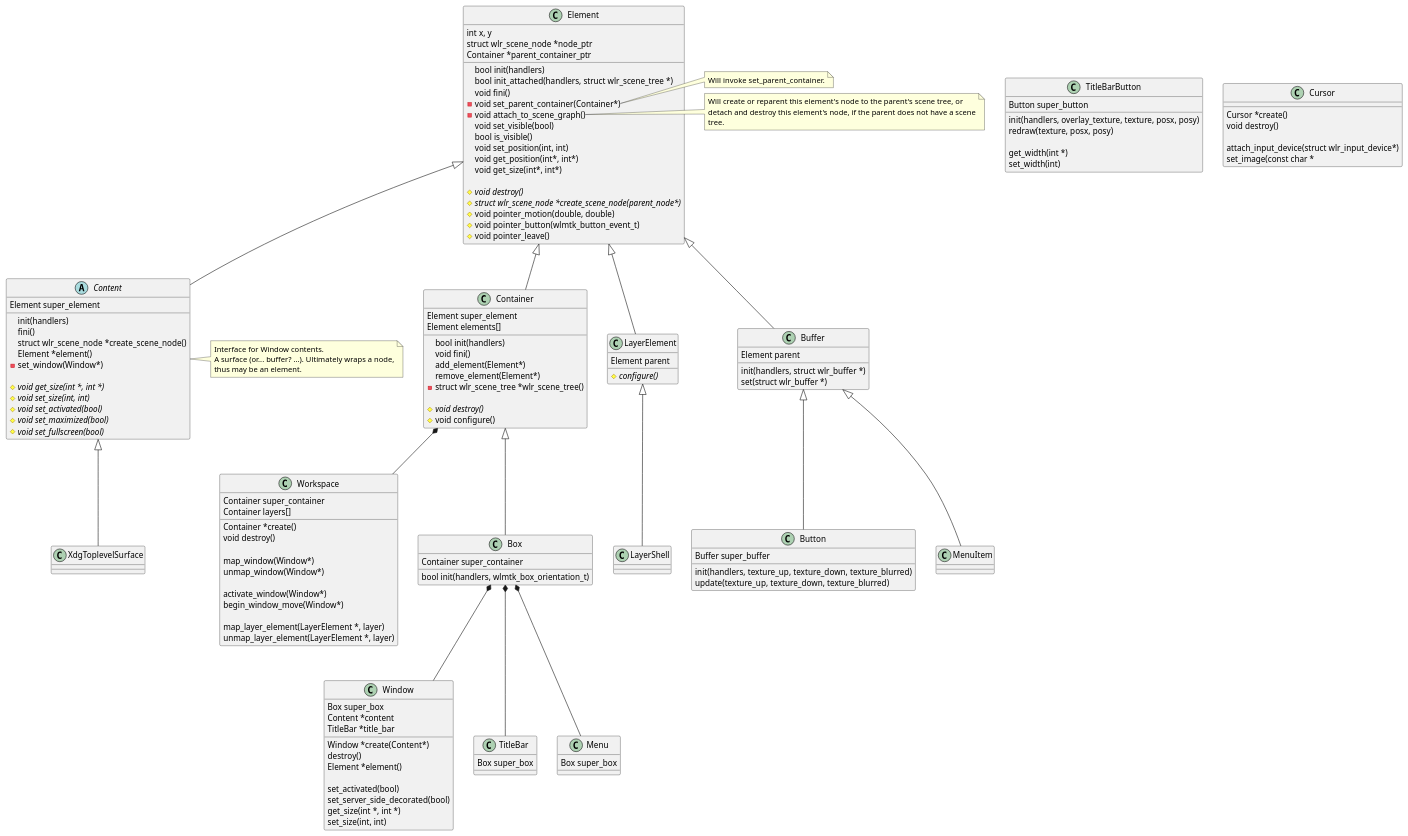
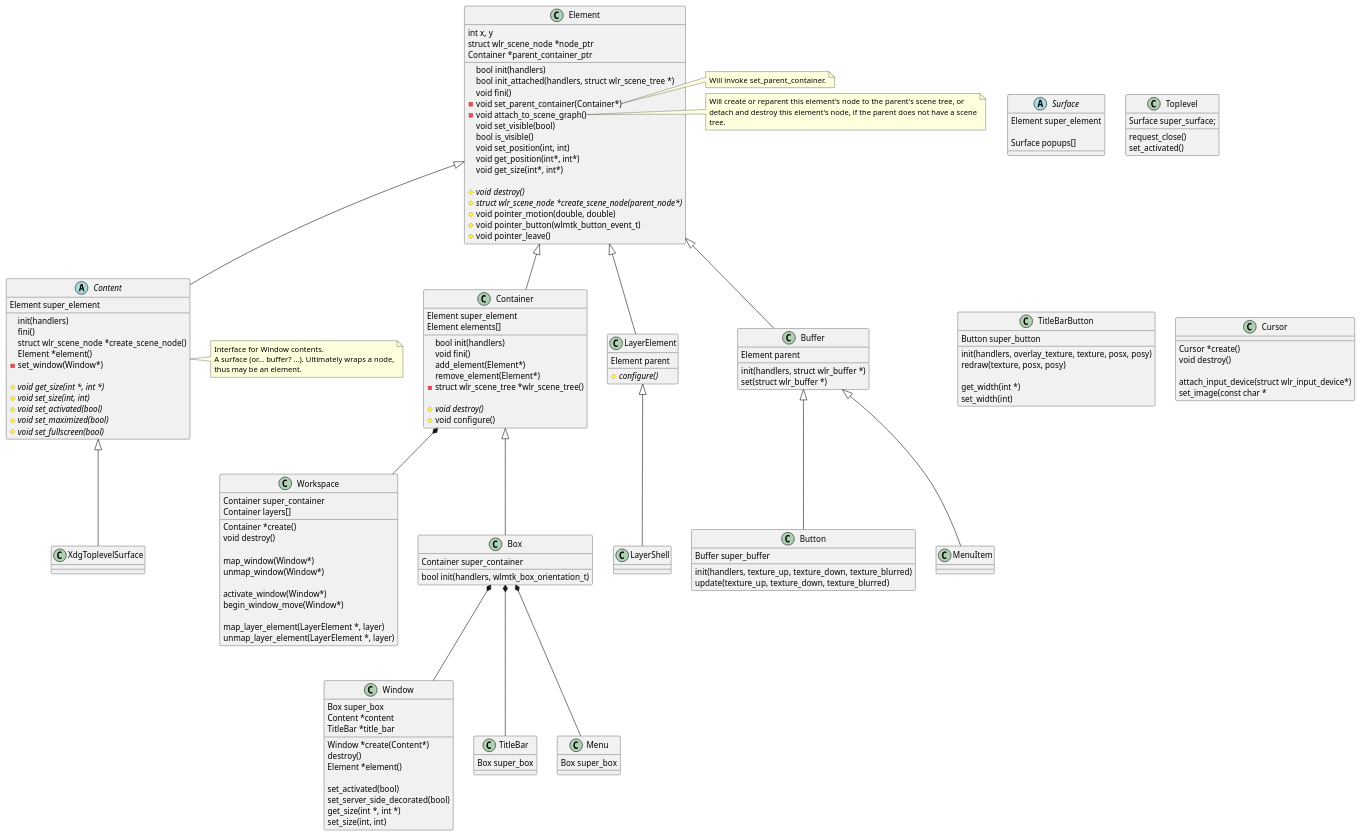
The first of 2 diagrams in src/toolkit/toolkit.md (phkaeser/wlmaker), drawn with PlantUML before and after one commit. The commit also changed 7 other files, not shown here.

```diff
--- a/src/toolkit/toolkit.md
+++ b/src/toolkit/toolkit.md
@@ -98,6 +98,22 @@
   bool init(handlers, wlmtk_box_orientation_t)
 }
 Container <|-- Box
+
+abstract class Surface {
+  Element super_element
+  
+  Surface popups[]
+}
+
+
+class Toplevel {
+  Surface super_surface;
+  
+  request_close()
+  set_activated()
+}
+
+
 
 abstract class Content {
   Element super_element
```
